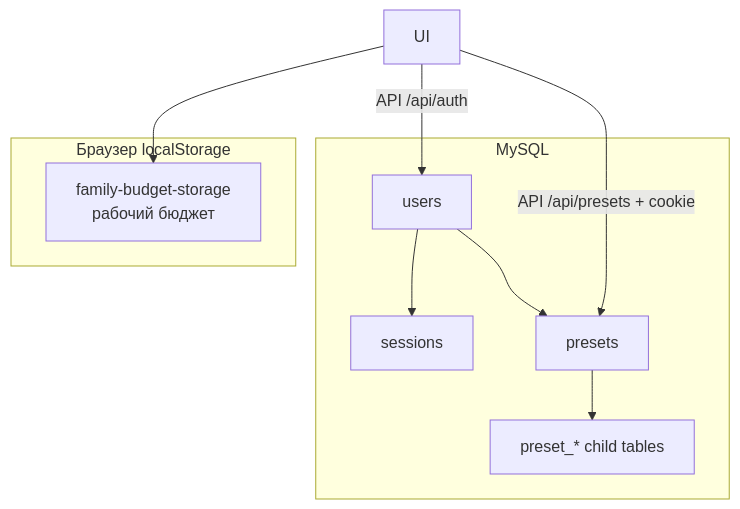
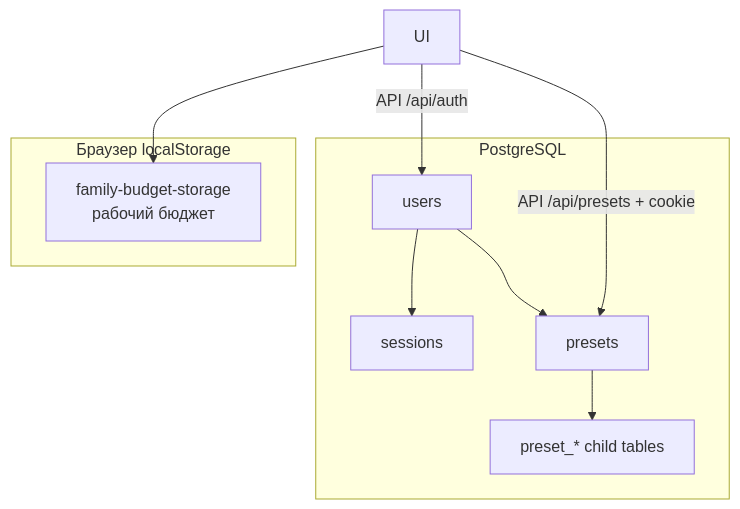
The first of 2 diagrams in database.md (merdovash/trip_budget), drawn with Mermaid before and after one commit. The commit also changed other lines of this file and 26 other files, not shown here.

````diff
--- a/database.md
+++ b/database.md
@@ -16,18 +16,18 @@
 ```mermaid
 flowchart TB
-  subgraph db [MySQL]
+  subgraph db [PostgreSQL]
     U[users]
     S[sessions]
     P[presets]
     C[preset_* child tables]
   end
   subgraph browser [Браузер localStorage]
     BS["family-budget-storage\nрабочий бюджет"]
   end
   UI[UI] --> BS
   UI -->|API /api/presets + cookie| P
   P --> C
   UI -->|API /api/auth| U
   U --> S
   U --> P
 ```
````
